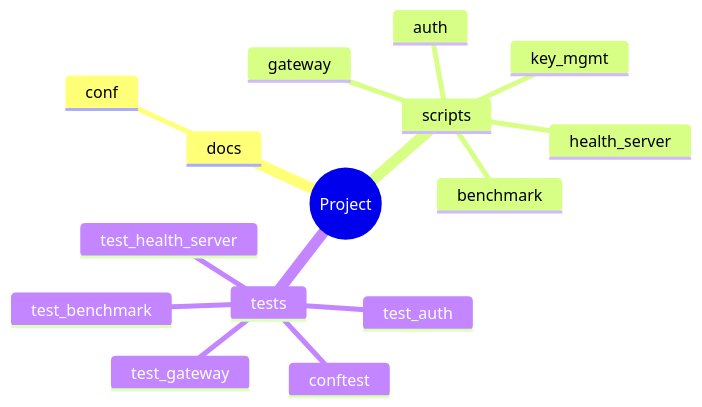
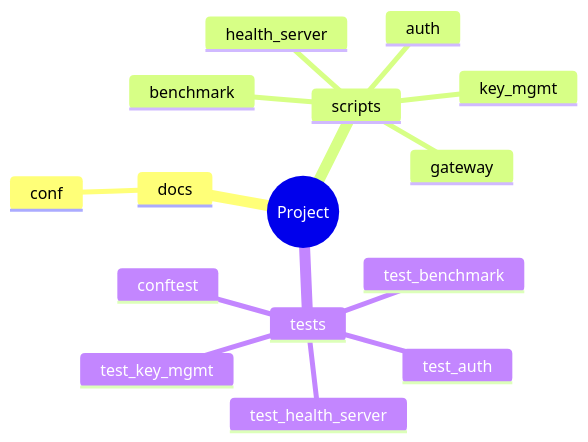
Before and after one commit to zepfu/llama-gguf-inference: the fifth of 8 diagrams in docs/auto/ARCHITECTURE_AUTO.md, drawn with Mermaid. The commit also changed other lines of this file and 2 other files, not shown here.

````diff
--- a/docs/auto/ARCHITECTURE_AUTO.md
+++ b/docs/auto/ARCHITECTURE_AUTO.md
@@ -178,18 +175,18 @@
 ```mermaid
 mindmap
   root((Project))
     docs
       conf
     scripts
+      benchmark
+      gateway
+      auth
+      health_server
       key_mgmt
-      benchmark
-      auth
-      gateway
-      health_server
     tests
+      test_health_server
+      test_key_mgmt
       conftest
-      test_gateway
-      test_health_server
+      test_benchmark
       test_auth
-      test_benchmark
 ```
````
